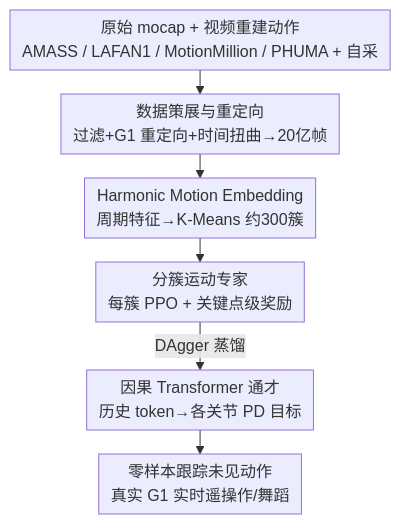
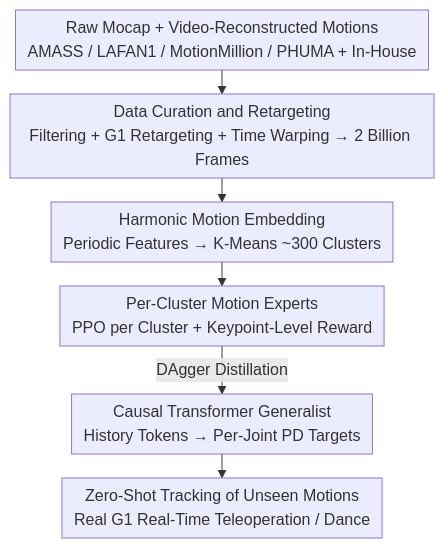
The diagram in docs/CVPR2026/robotics/humanoid_generative_pre-training_for_zero-shot_motion_tracking.md (zhaoyang97/Paper-Notes-en), drawn with Mermaid before and after one commit. The commit also changed 644 other files, not shown here.

````diff
--- a/docs/CVPR2026/robotics/humanoid_generative_pre-training_for_zero-shot_motion_tracking.md
+++ b/docs/CVPR2026/robotics/humanoid_generative_pre-training_for_zero-shot_motion_tracking.md
@@ -47,9 +47,9 @@
 ```mermaid
 %%{init: {'flowchart': {'rankSpacing': 24, 'nodeSpacing': 28, 'padding': 6, 'wrappingWidth': 400}}}%%
 flowchart TD
-    A["原始 mocap + 视频重建动作<br/>AMASS / LAFAN1 / MotionMillion / PHUMA + 自采"] --> B["数据策展与重定向<br/>过滤+G1 重定向+时间扭曲→20亿帧"]
-    B --> C["Harmonic Motion Embedding<br/>周期特征→K-Means 约300簇"]
-    C --> D["分簇运动专家<br/>每簇 PPO + 关键点级奖励"]
-    D -->|DAgger 蒸馏| E["因果 Transformer 通才<br/>历史 token→各关节 PD 目标"]
-    E --> F["零样本跟踪未见动作<br/>真实 G1 实时遥操作/舞蹈"]
+    A["Raw Mocap + Video-Reconstructed Motions<br/>AMASS / LAFAN1 / MotionMillion / PHUMA + In-House"] --> B["Data Curation and Retargeting<br/>Filtering + G1 Retargeting + Time Warping → 2 Billion Frames"]
+    B --> C["Harmonic Motion Embedding<br/>Periodic Features → K-Means ~300 Clusters"]
+    C --> D["Per-Cluster Motion Experts<br/>PPO per Cluster + Keypoint-Level Reward"]
+    D -->|DAgger Distillation| E["Causal Transformer Generalist<br/>History Tokens → Per-Joint PD Targets"]
+    E --> F["Zero-Shot Tracking of Unseen Motions<br/>Real G1 Real-Time Teleoperation / Dance"]
 ```
````
